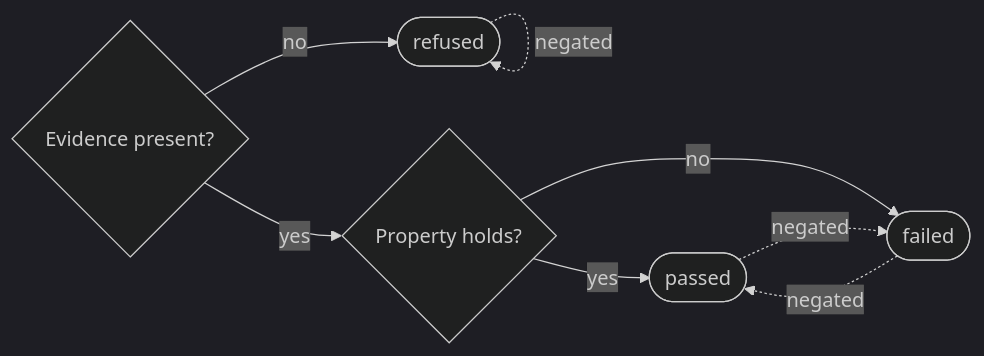
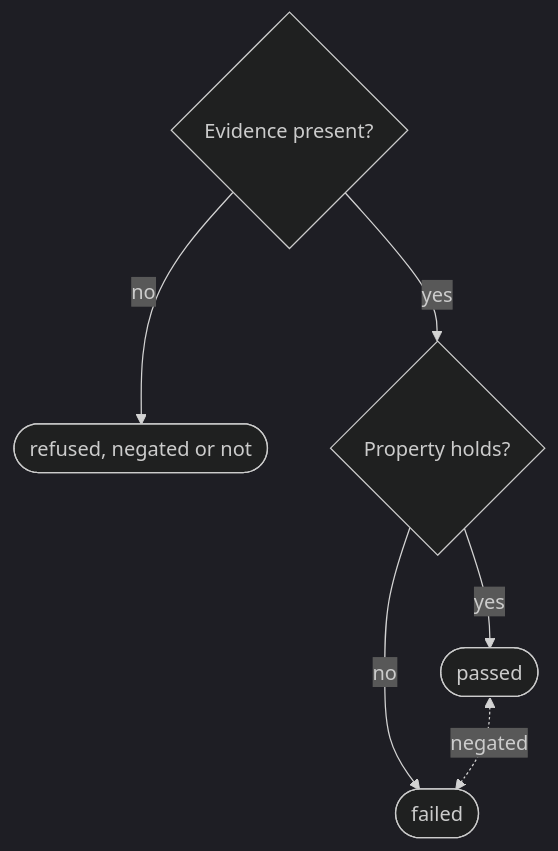
The second of 2 diagrams in docs-site/content/docs/how-it-works.mdx (taucad/geospec), drawn with Mermaid (dark theme) before and after one commit. The commit also changed other lines of this file and 70 other files, not shown here.

````diff
--- a/docs-site/content/docs/how-it-works.mdx
+++ b/docs-site/content/docs/how-it-works.mdx
@@ -63,10 +63,8 @@
 ```mermaid
-flowchart LR
-  A{Evidence present?} -->|no| R([refused])
+flowchart TD
+  A{Evidence present?} -->|no| R(["refused, negated or not"])
   A -->|yes| B{Property holds?}
   B -->|yes| P([passed])
   B -->|no| F([failed])
-  P -. negated .-> F
-  F -. negated .-> P
-  R -. negated .-> R
+  P <-. negated .-> F
 ```
````
